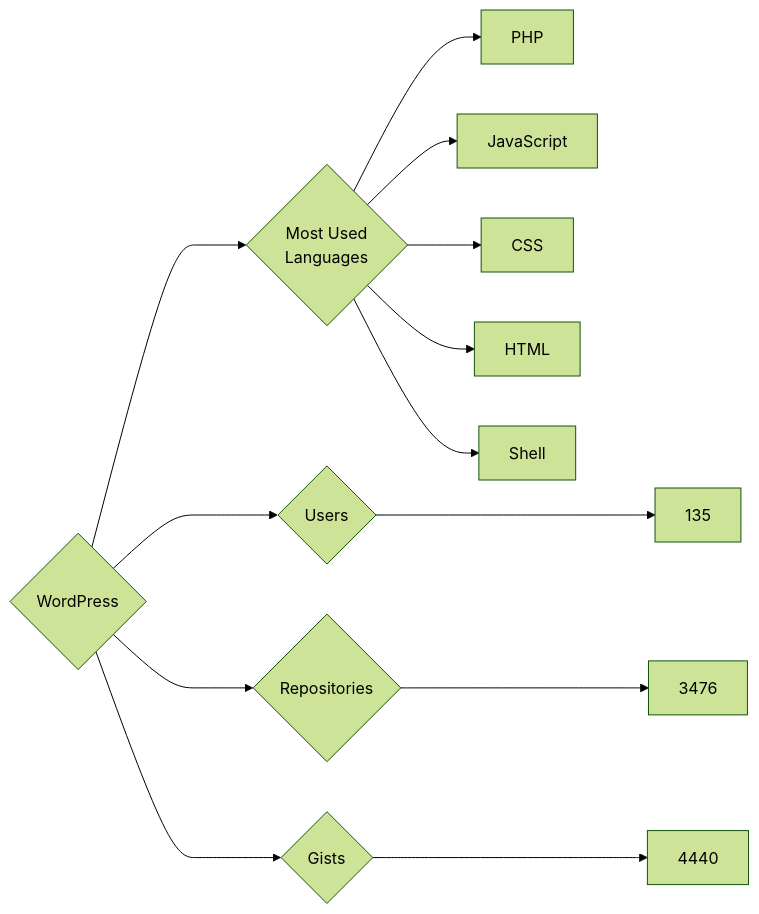
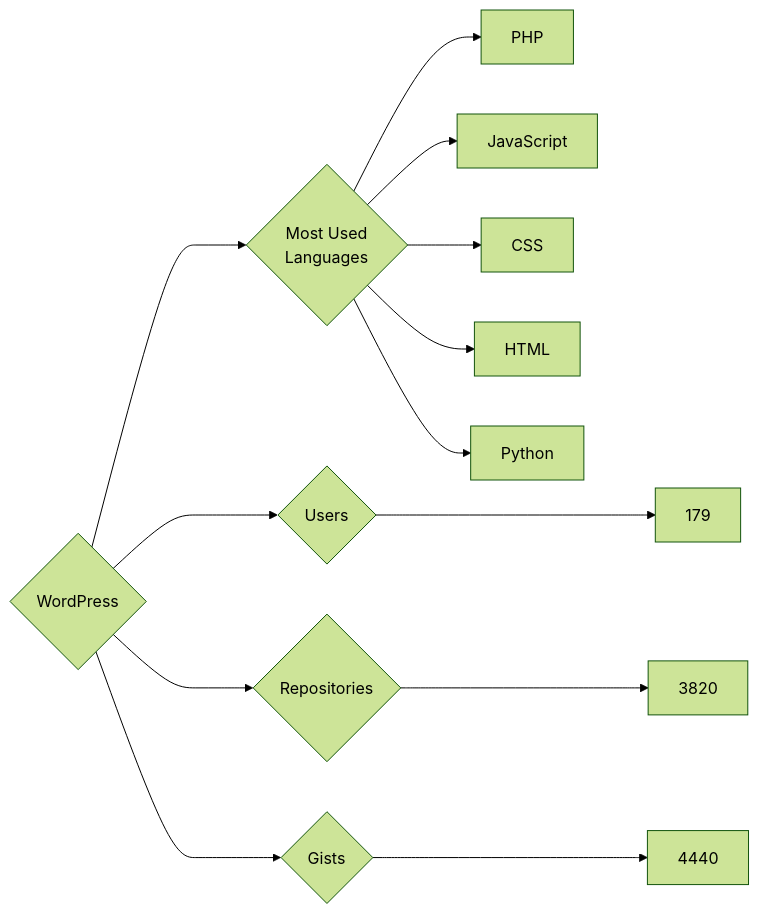
The diagram in targets/WordPress/README.md (trickest/insiders), drawn with Mermaid (forest theme) before and after one commit. The commit also changed 725 other files, not shown here.

````diff
--- a/targets/WordPress/README.md
+++ b/targets/WordPress/README.md
@@ -3,13 +3,13 @@
 ```mermaid
 graph LR
 COMPANY_NAME{WordPress}
-COMPANY_NAME ---> U{Users} ---> UN[135]
-COMPANY_NAME ---> R{Repositories} ---> RN[3476]
+COMPANY_NAME ---> U{Users} ---> UN[179]
+COMPANY_NAME ---> R{Repositories} ---> RN[3820]
 COMPANY_NAME ---> G{Gists} ---> GN[4440]
 COMPANY_NAME ---> ML{Most Used<br>Languages}
 ML --> PHP[PHP]
 ML --> JavaScript[JavaScript]
 ML --> CSS[CSS]
 ML --> HTML[HTML]
-ML --> Shell[Shell]
+ML --> Python[Python]
 ```
````
